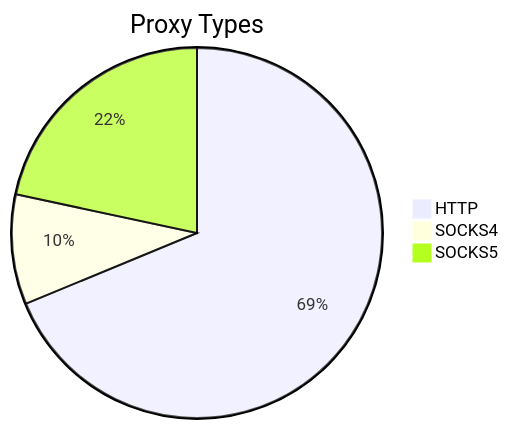
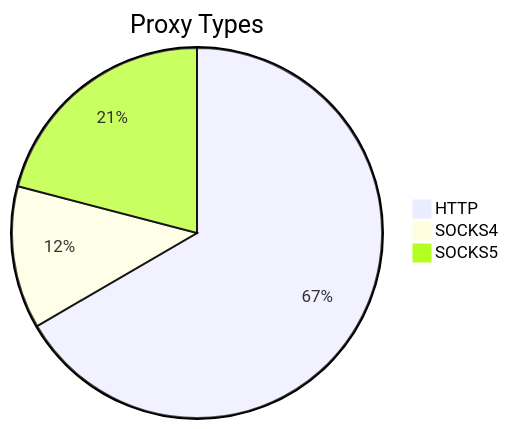
One commit to stormsia/proxy-list changed the first of 2 diagrams in README.md. Above: the diagram before and after it, drawn with Mermaid. The commit also changed other lines of this file, not shown here.

````diff
--- a/README.md
+++ b/README.md
@@ -21,6 +21,6 @@
 ```mermaid
 pie title Proxy Types
-    "HTTP" : 645
-    "SOCKS4" : 90
-    "SOCKS5" : 203
+    "HTTP" : 770
+    "SOCKS4" : 144
+    "SOCKS5" : 242
 ```
````
